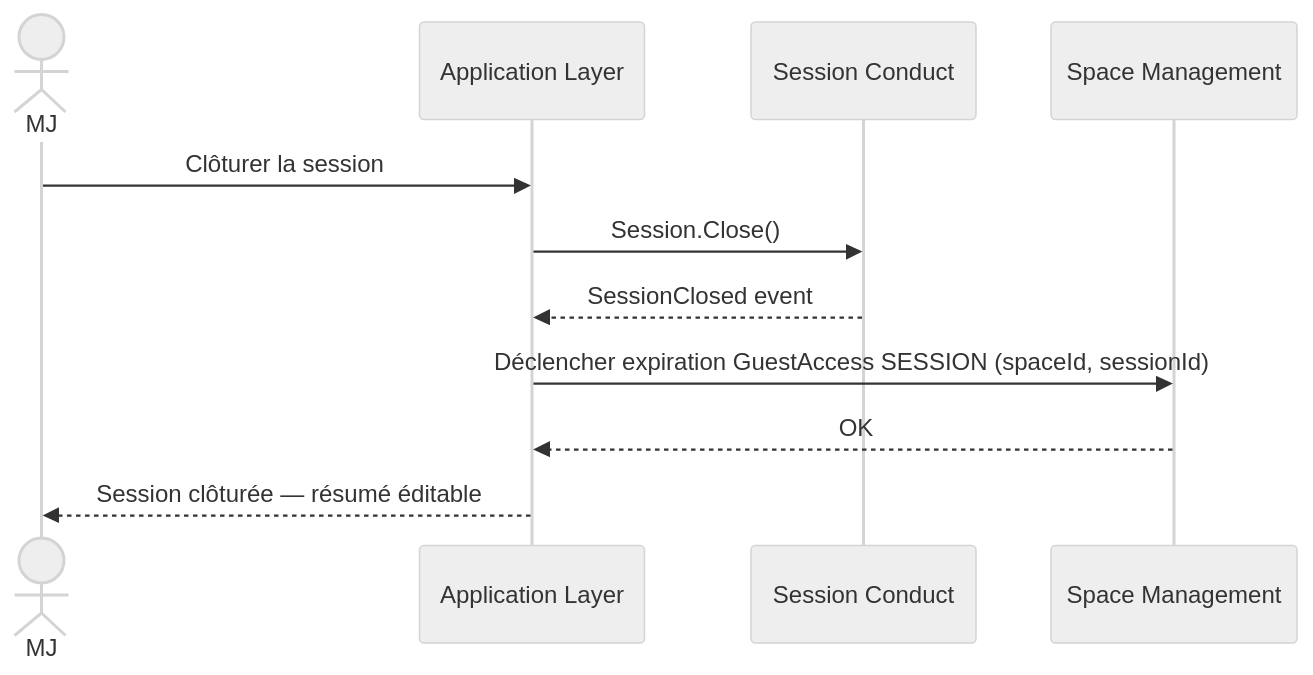
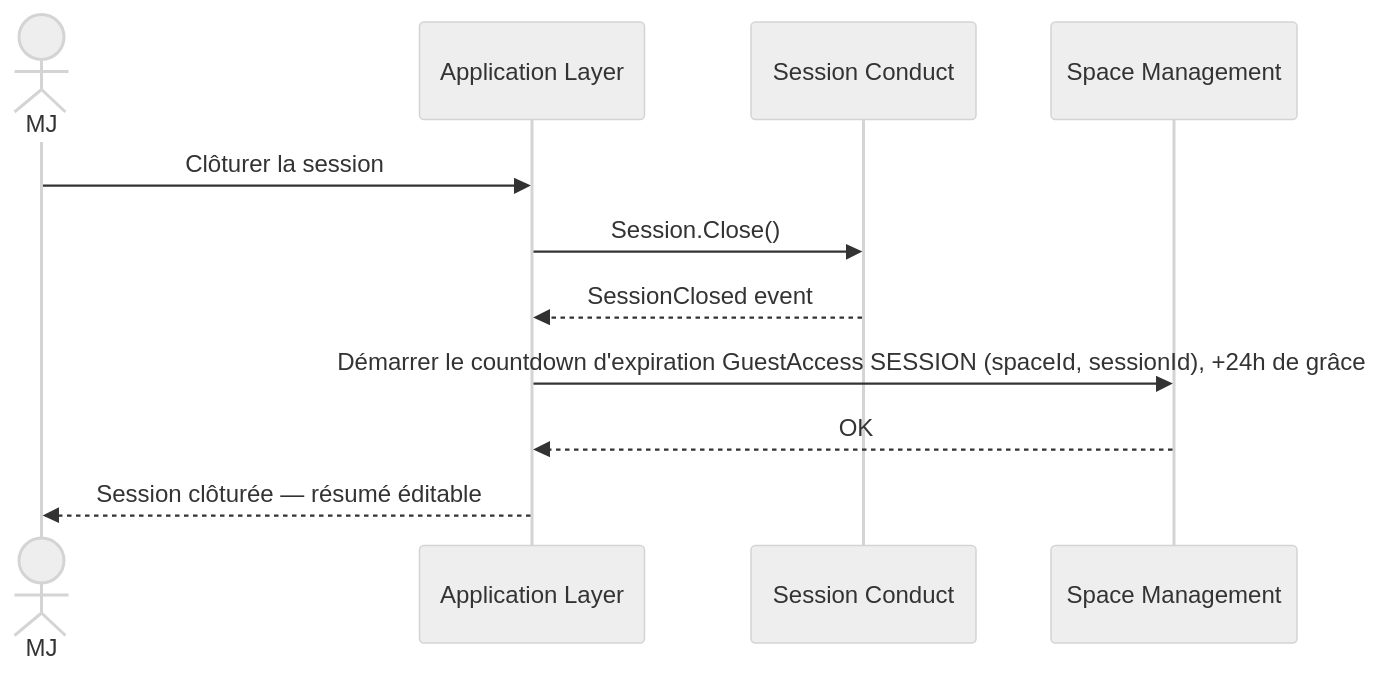
The eighth of 9 diagrams in docs/domaine/session-conduct/flows.md (2025-10-CDA-ECO-P6/PM-micro-saas), drawn with Mermaid (neutral theme) before and after one commit. The commit also changed other lines of this file and 3 other files, not shown here.

````diff
--- a/docs/domaine/session-conduct/flows.md
+++ b/docs/domaine/session-conduct/flows.md
@@ -130,14 +141,14 @@
 ```mermaid
 sequenceDiagram
     actor MJ
     participant App as Application Layer
     participant SC as Session Conduct
     participant SM as Space Management
 
     MJ->>App: Clôturer la session
     App->>SC: Session.Close()
     SC-->>App: SessionClosed event
-    App->>SM: Déclencher expiration GuestAccess SESSION (spaceId, sessionId)
+    App->>SM: Démarrer le countdown d'expiration GuestAccess SESSION (spaceId, sessionId), +24h de grâce
     SM-->>App: OK
     App-->>MJ: Session clôturée — résumé éditable
 ```
````
